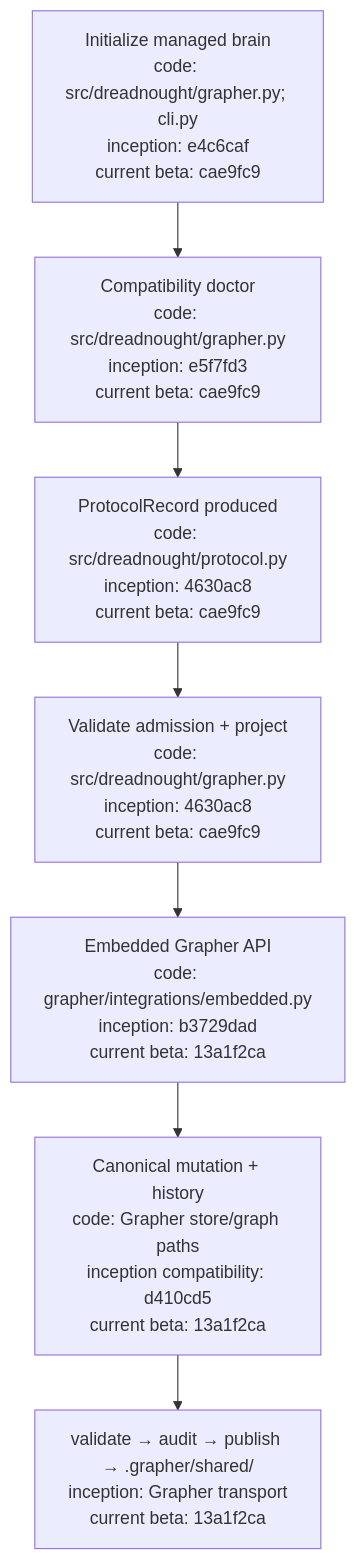
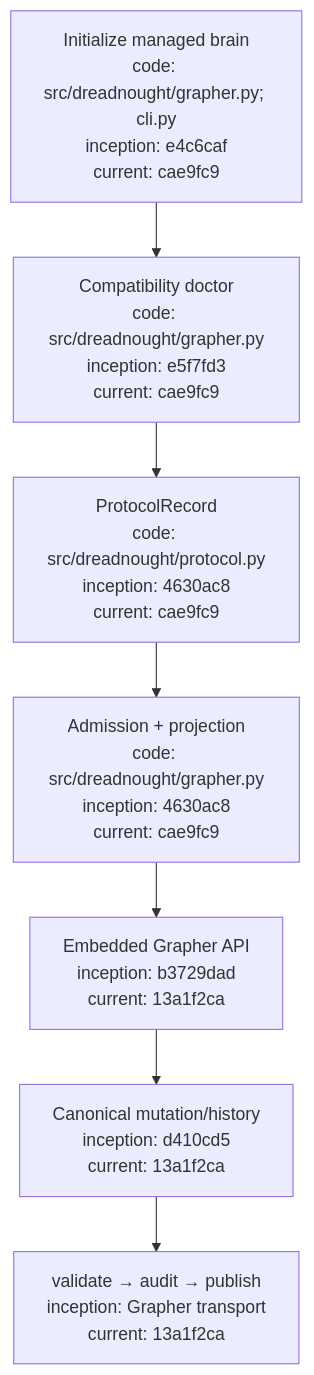
One commit to seanbman/dreadnought changed the second of 2 diagrams in docs/GRAPHER_INTEGRATION.md. Above: the diagram before and after it, drawn with Mermaid. The commit also changed other lines of this file, not shown here.

Commit message:
Normalize Grapher integration provenance markers

````diff
--- a/docs/GRAPHER_INTEGRATION.md
+++ b/docs/GRAPHER_INTEGRATION.md
@@ -85,9 +78,9 @@
 ```mermaid
 flowchart TD
-    I["Initialize managed brain\ncode: src/dreadnought/grapher.py; cli.py\ninception: e4c6caf\ncurrent beta: cae9fc9"] --> C["Compatibility doctor\ncode: src/dreadnought/grapher.py\ninception: e5f7fd3\ncurrent beta: cae9fc9"]
-    C --> P["ProtocolRecord produced\ncode: src/dreadnought/protocol.py\ninception: 4630ac8\ncurrent beta: cae9fc9"]
-    P --> V["Validate admission + project\ncode: src/dreadnought/grapher.py\ninception: 4630ac8\ncurrent beta: cae9fc9"]
-    V --> E["Embedded Grapher API\ncode: grapher/integrations/embedded.py\ninception: b3729dad\ncurrent beta: 13a1f2ca"]
-    E --> M["Canonical mutation + history\ncode: Grapher store/graph paths\ninception compatibility: d410cd5\ncurrent beta: 13a1f2ca"]
-    M --> S["validate → audit → publish → .grapher/shared/\ninception: Grapher transport\ncurrent beta: 13a1f2ca"]
+    I["Initialize managed brain\ncode: src/dreadnought/grapher.py; cli.py\ninception: e4c6caf\ncurrent: cae9fc9"] --> C["Compatibility doctor\ncode: src/dreadnought/grapher.py\ninception: e5f7fd3\ncurrent: cae9fc9"]
+    C --> P["ProtocolRecord\ncode: src/dreadnought/protocol.py\ninception: 4630ac8\ncurrent: cae9fc9"]
+    P --> V["Admission + projection\ncode: src/dreadnought/grapher.py\ninception: 4630ac8\ncurrent: cae9fc9"]
+    V --> E["Embedded Grapher API\ninception: b3729dad\ncurrent: 13a1f2ca"]
+    E --> M["Canonical mutation/history\ninception: d410cd5\ncurrent: 13a1f2ca"]
+    M --> S["validate → audit → publish\ninception: Grapher transport\ncurrent: 13a1f2ca"]
 ```
````
